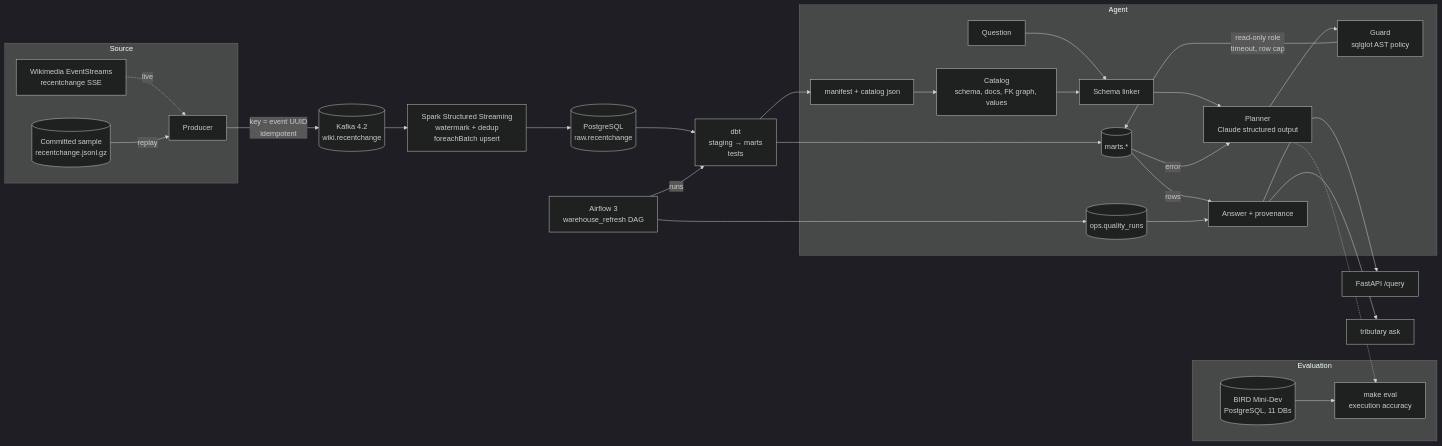
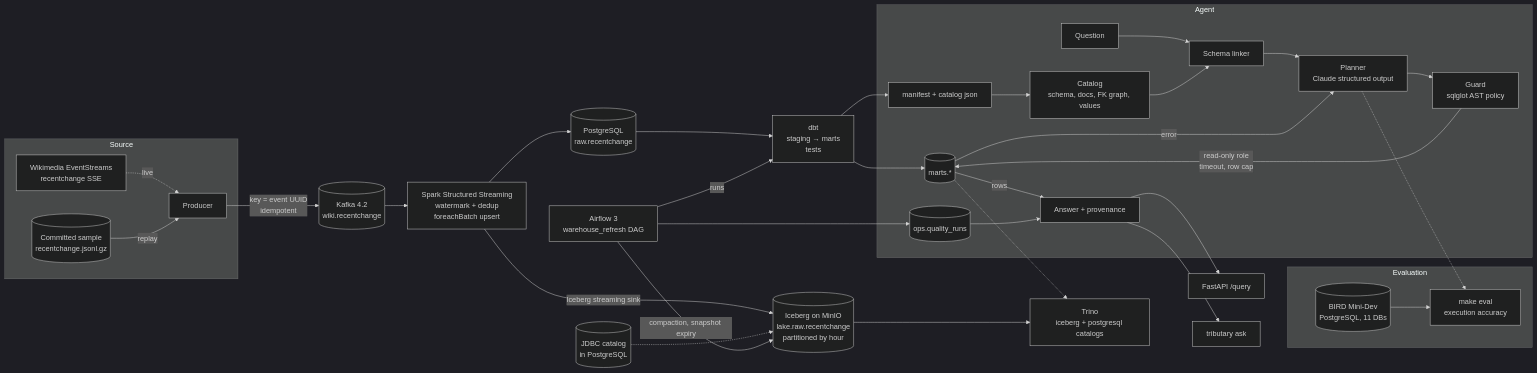
The diagram in PLAN.md (TheAsianFish/tributary), drawn with Mermaid (dark theme) before and after one commit. The commit also changed other lines of this file, not shown here.

First line of the commit message:
Plan an Iceberg lake sink on MinIO with Trino over both stores

````diff
--- a/PLAN.md
+++ b/PLAN.md
@@ -77,32 +82,37 @@
 ```mermaid
 flowchart LR
     subgraph Source
         W[Wikimedia EventStreams<br/>recentchange SSE] -. live .-> P
         S[(Committed sample<br/>recentchange.jsonl.gz)] -- replay --> P[Producer]
     end
     P -->|key = event UUID<br/>idempotent| K[(Kafka 4.2<br/>wiki.recentchange)]
     K --> SJ[Spark Structured Streaming<br/>watermark + dedup<br/>foreachBatch upsert]
     SJ --> RAW[(PostgreSQL<br/>raw.recentchange)]
     RAW --> DBT[dbt<br/>staging → marts<br/>tests]
     AF[Airflow 3<br/>warehouse_refresh DAG] -->|runs| DBT
     DBT --> MARTS[(marts.*)]
     DBT --> CAT[manifest + catalog json]
     AF --> QR[(ops.quality_runs)]
+    SJ -->|Iceberg streaming sink| ICE[(Iceberg on MinIO<br/>lake.raw.recentchange<br/>partitioned by hour)]
+    JC[(JDBC catalog<br/>in PostgreSQL)] -.-> ICE
+    ICE --> TR[Trino<br/>iceberg + postgresql catalogs]
+    MARTS -.-> TR
+    AF -->|compaction, snapshot expiry| ICE
     subgraph Agent
         CAT --> C[Catalog<br/>schema, docs, FK graph, values]
         Q[Question] --> L[Schema linker]
         C --> L
         L --> PL[Planner<br/>Claude structured output]
         PL --> G[Guard<br/>sqlglot AST policy]
         G -->|read-only role<br/>timeout, row cap| MARTS
         MARTS -->|error| PL
         MARTS -->|rows| A[Answer + provenance]
         QR --> A
     end
     A --> API[FastAPI /query]
     A --> CLI[tributary ask]
     subgraph Evaluation
         B[(BIRD Mini-Dev<br/>PostgreSQL, 11 DBs)] --> E[make eval<br/>execution accuracy]
         PL -.-> E
     end
 ```
````
